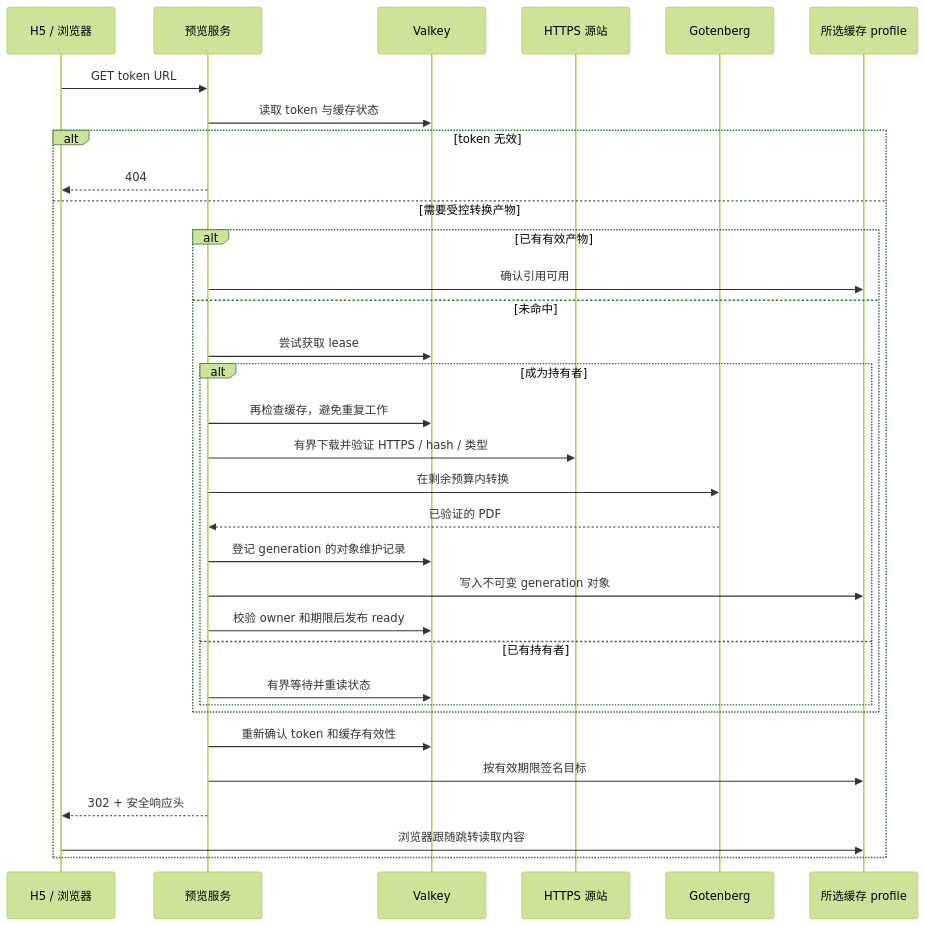
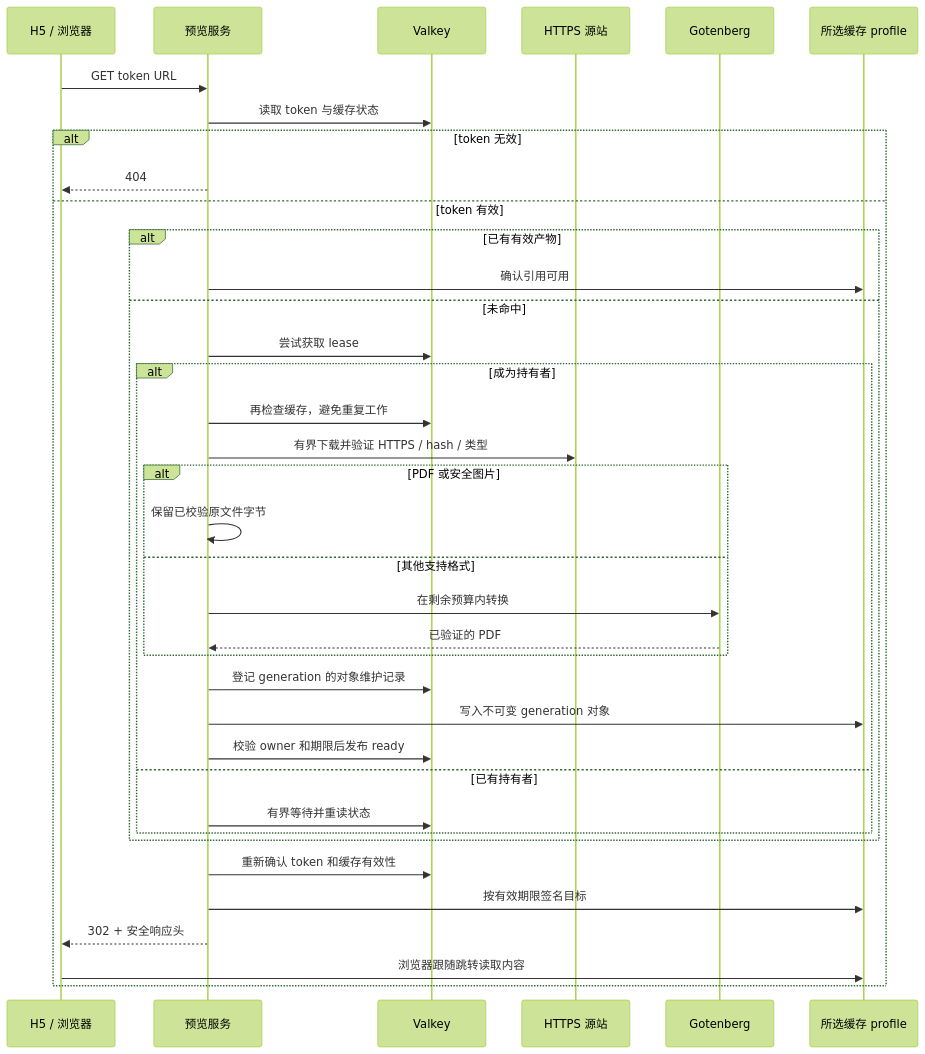
The second of 2 diagrams in docs/architecture/runtime.md (ilovintit/file-preview-server), drawn with Mermaid (forest theme) before and after one commit. The commit also changed other lines of this file and 16 other files, not shown here.

````diff
--- a/docs/architecture/runtime.md
+++ b/docs/architecture/runtime.md
@@ -32,35 +32,39 @@
 ```mermaid
 sequenceDiagram
     participant C as H5 / 浏览器
     participant A as 预览服务
     participant V as Valkey
     participant S as HTTPS 源站
     participant G as Gotenberg
     participant O as 所选缓存 profile
     C->>A: GET token URL
     A->>V: 读取 token 与缓存状态
     alt token 无效
         A-->>C: 404
-    else 需要受控转换产物
+    else token 有效
         alt 已有有效产物
             A->>O: 确认引用可用
         else 未命中
             A->>V: 尝试获取 lease
             alt 成为持有者
                 A->>V: 再检查缓存，避免重复工作
                 A->>S: 有界下载并验证 HTTPS / hash / 类型
-                A->>G: 在剩余预算内转换
-                G-->>A: 已验证的 PDF
+                alt PDF 或安全图片
+                    A->>A: 保留已校验原文件字节
+                else 其他支持格式
+                    A->>G: 在剩余预算内转换
+                    G-->>A: 已验证的 PDF
+                end
                 A->>V: 登记 generation 的对象维护记录
                 A->>O: 写入不可变 generation 对象
                 A->>V: 校验 owner 和期限后发布 ready
             else 已有持有者
                 A->>V: 有界等待并重读状态
             end
         end
         A->>V: 重新确认 token 和缓存有效性
         A->>O: 按有效期限签名目标
         A-->>C: 302 + 安全响应头
         C->>O: 浏览器跟随跳转读取内容
     end
 ```
````
